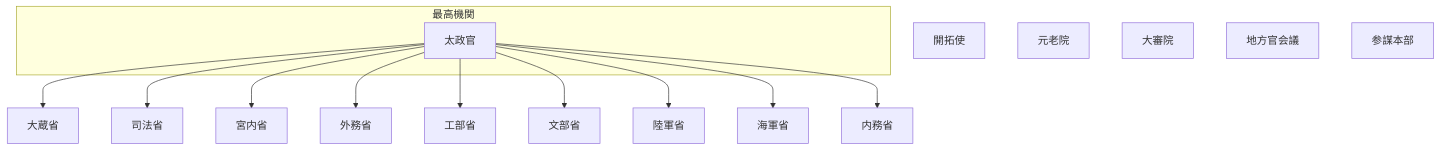
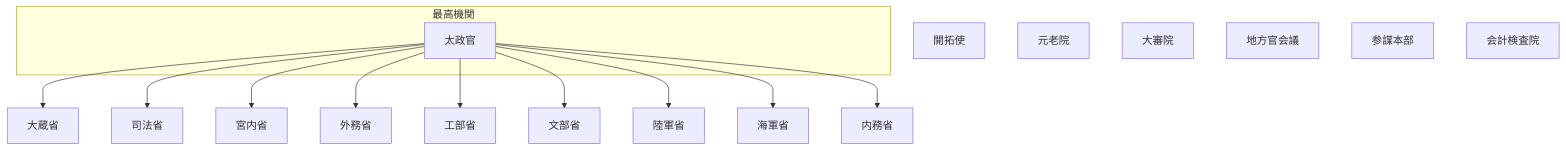
One commit to tatemaru/jp-admin-org-chart changed the diagram in README.md. Above: the diagram before and after it, drawn with Mermaid. The commit also changed other lines of this file, not shown here.

First line of the commit message:
feat(会計検査院): 会計検査院を設置

````diff
--- a/README.md
+++ b/README.md
@@ -9,29 +9,30 @@
 ```mermaid
 flowchart TB
   subgraph top["最高機関"]
     Dajokan["太政官"]
   end
   Okura["大蔵省"]
   Dajokan --> Okura
   Shiho["司法省"]
   Dajokan --> Shiho
   Kunai["宮内省"]
   Dajokan --> Kunai
   Gaimu["外務省"]
   Dajokan --> Gaimu
   Kobu["工部省"]
   Dajokan --> Kobu
   Mombu["文部省"]
   Dajokan --> Mombu
   Rikugun["陸軍省"]
   Dajokan --> Rikugun
   Kaigun["海軍省"]
   Dajokan --> Kaigun
   Naimu["内務省"]
   Dajokan --> Naimu
   Kaitaku["開拓使"]
   Genro["元老院"]
   Daishin["大審院"]
   Chiho["地方官会議"]
   Sanbo["参謀本部"]
+  Audit["会計検査院"]
 ```
````
